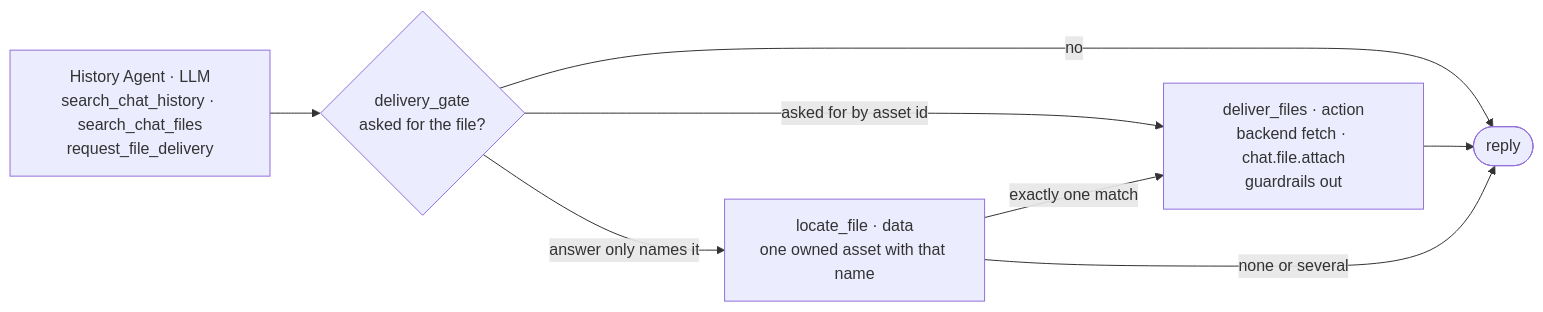
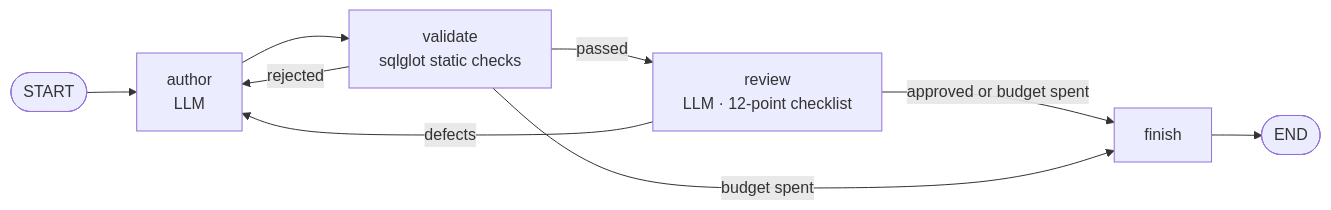
The sixth of 9 diagrams in README.md (shankasf/small_migration), drawn with Mermaid before and after one commit. The commit also changed other lines of this file, not shown here.

First line of the commit message:
Replace README flowcharts with simpler ones and a complete LangGraph flow [skip ci]

````diff
--- a/README.md
+++ b/README.md
@@ -778,11 +706,11 @@
 ```mermaid
 flowchart LR
-    SE["History Agent · LLM<br/>search_chat_history · search_chat_files<br/>request_file_delivery"]
-    SE --> GA{"delivery_gate<br/>asked for the file?"}
-    GA -- "no" --> EN(["reply"])
-    GA -- "asked for by asset id" --> DL["deliver_files · action<br/>backend fetch · chat.file.attach<br/>guardrails out"]
-    GA -- "answer only names it" --> LO["locate_file · data<br/>one owned asset with that name"]
-    LO -- "exactly one match" --> DL
-    LO -- "none or several" --> EN
-    DL --> EN
+    S(["START"]) --> AU["author<br/>LLM"]
+    AU --> VA["validate<br/>sqlglot static checks"]
+    VA -- "rejected" --> AU
+    VA -- "passed" --> RV["review<br/>LLM · 12-point checklist"]
+    RV -- "defects" --> AU
+    RV -- "approved or budget spent" --> FI["finish"]
+    VA -- "budget spent" --> FI
+    FI --> E(["END"])
 ```
````
